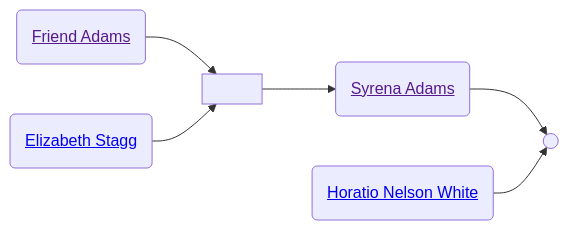
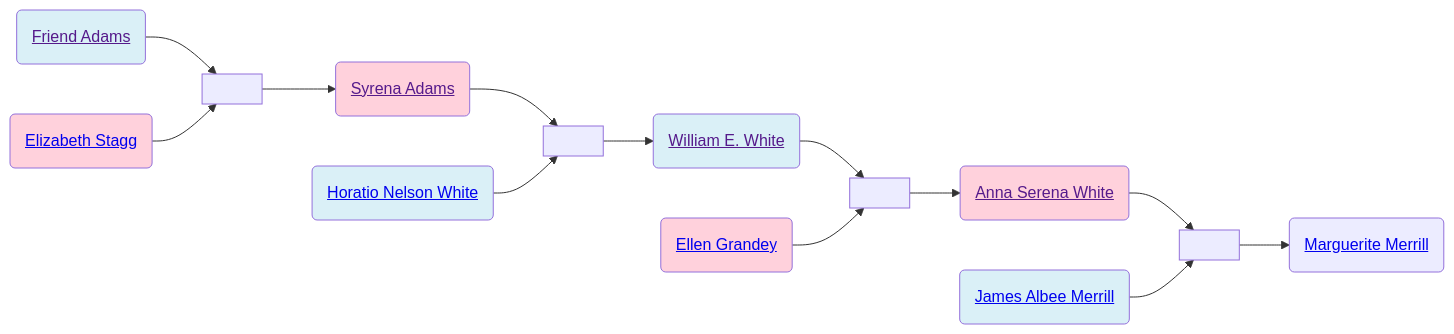
One commit to neelsmith/avocational changed the diagram in familyhistory/sources/people/Merrill-line/White-line/Friend_Adams.qmd. Above: the diagram before and after it, drawn with Mermaid. The commit also changed 91 other files, not shown here.

Commit message:
Rebuild descendant diagrams

````diff
--- a/familyhistory/sources/people/Merrill-line/White-line/Friend_Adams.qmd
+++ b/familyhistory/sources/people/Merrill-line/White-line/Friend_Adams.qmd
@@ -26,14 +26,32 @@
 ```{mermaid}
 graph LR
+%% LR descendant diagram
 class Friend_Adams_and_Elizabeth_Stagg marriage
 Friend_Adams(<a href=''>Friend Adams</>) --> Friend_Adams_and_Elizabeth_Stagg[ ]
 Elizabeth_Stagg(<a href='./Elizabeth_Stagg.html'>Elizabeth Stagg</>) --> Friend_Adams_and_Elizabeth_Stagg(( ))
+class Friend_Adams father
+class Elizabeth_Stagg mother
 Friend_Adams_and_Elizabeth_Stagg[ ] --> Syrena_Adams(<a href='./Syrena_Adams.html'>Syrena Adams</>)
 class Syrena_Adams_and_Horatio_Nelson_White marriage
 Syrena_Adams(<a href=''>Syrena Adams</>) --> Syrena_Adams_and_Horatio_Nelson_White[ ]
 Horatio_Nelson_White(<a href='./Horatio_Nelson_White.html'>Horatio Nelson White</>) --> Syrena_Adams_and_Horatio_Nelson_White(( ))
+class Horatio_Nelson_White father
+class Syrena_Adams mother
+Syrena_Adams_and_Horatio_Nelson_White[ ] --> William_E._White(<a href='./William_E._White.html'>William E. White</>)
+class William_E._White_and_Ellen_Grandey marriage
+William_E._White(<a href=''>William E. White</>) --> William_E._White_and_Ellen_Grandey[ ]
+Ellen_Grandey(<a href='./../Grandey-line/Ellen_Grandey.html'>Ellen Grandey</>) --> William_E._White_and_Ellen_Grandey(( ))
+class William_E._White father
+class Ellen_Grandey mother
+William_E._White_and_Ellen_Grandey[ ] --> Anna_Serena_White(<a href='./Anna_Serena_White.html'>Anna Serena White</>)
+class Anna_Serena_White_and_James_Albee_Merrill marriage
+Anna_Serena_White(<a href=''>Anna Serena White</>) --> Anna_Serena_White_and_James_Albee_Merrill[ ]
+James_Albee_Merrill(<a href='./../James_Albee_Merrill.html'>James Albee Merrill</>) --> Anna_Serena_White_and_James_Albee_Merrill(( ))
+class James_Albee_Merrill father
+class Anna_Serena_White mother
+Anna_Serena_White_and_James_Albee_Merrill[ ] --> Marguerite_Merrill(<a href='./../Marguerite_Merrill.html'>Marguerite Merrill</>)
 classDef mother fill:#ffd1dc
 classDef father fill:#daf0f7  
 classDef marriage fill:#ffffff
 
 ```
````
